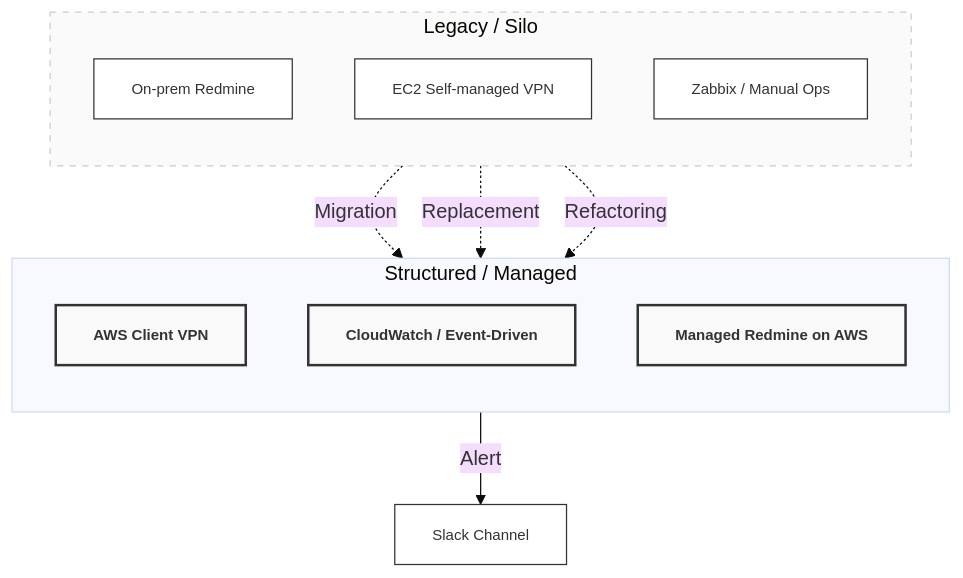
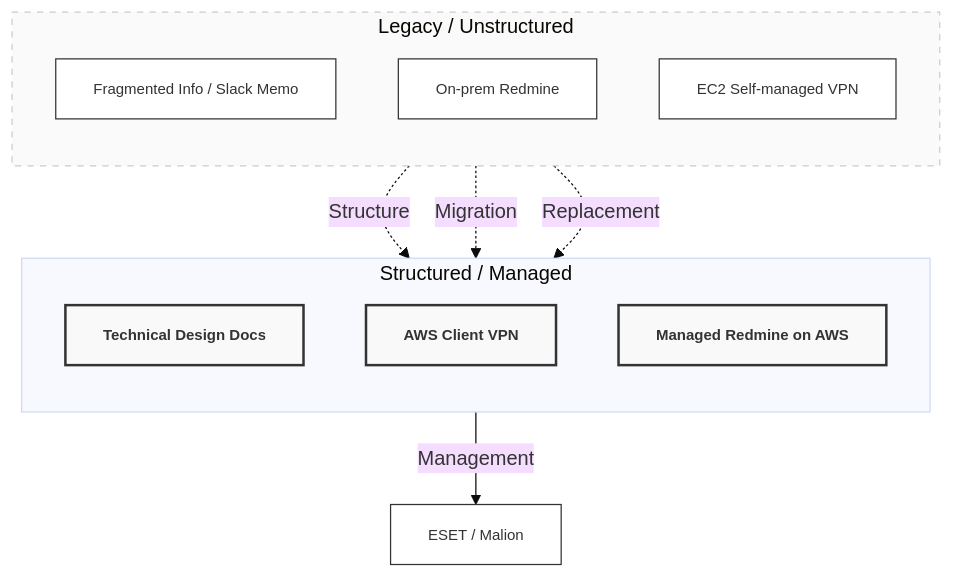
The diagram in projects/04_hybrid_cloud_sre/README.md (conti0513/development_public), drawn with Mermaid (base theme) before and after one commit. The commit also changed other lines of this file, not shown here.

````diff
--- a/projects/04_hybrid_cloud_sre/README.md
+++ b/projects/04_hybrid_cloud_sre/README.md
@@ -29,33 +26,33 @@
 ```mermaid
 graph TD
     %% スタイル定義
     classDef default fill:#ffffff,stroke:#333,stroke-width:1px,color:#333,font-size:12px;
     classDef highlight fill:#f9f9f9,stroke:#333,stroke-width:2px,font-weight:bold;
     classDef cloud fill:#fafafa,stroke:#ccc,stroke-dasharray: 5 5;
 
-    subgraph Before [Legacy / Silo]
+    subgraph Before [Legacy / Unstructured]
         direction TB
-        L1[On-prem Redmine]
-        L2[EC2 Self-managed VPN]
-        L3[Zabbix / Manual Ops]
+        L1[Fragmented Info / Slack Memo]
+        L2[On-prem Redmine]
+        L3[EC2 Self-managed VPN]
     end
 
     subgraph After [Structured / Managed]
         direction TB
-        A1[AWS Client VPN]
-        A2[CloudWatch / Event-Driven]
+        A1[Technical Design Docs]
+        A2[AWS Client VPN]
         A3[Managed Redmine on AWS]
     end
 
     %% 変化のプロセス
-    L1 -.->|Migration| A3
-    L2 -.->|Replacement| A1
-    L3 -.->|Refactoring| A2
+    L1 -.->|Structure| A1
+    L2 -.->|Migration| A3
+    L3 -.->|Replacement| A1
 
-    %% 監視・通知のフロー
-    A2 -->|Alert| SL[Slack Channel]
+    %% セキュリティ/エンドポイントの追加
+    A1 -->|Management| SEC[ESET / Malion]
     
     class A1,A2,A3 highlight
     class Before cloud
 
 ```
````
